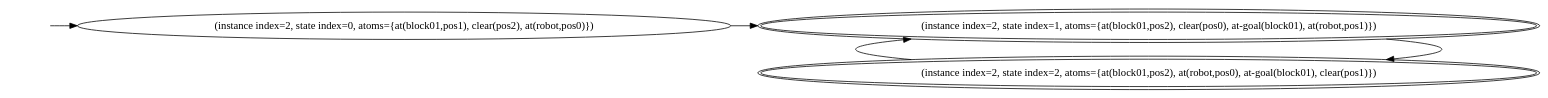
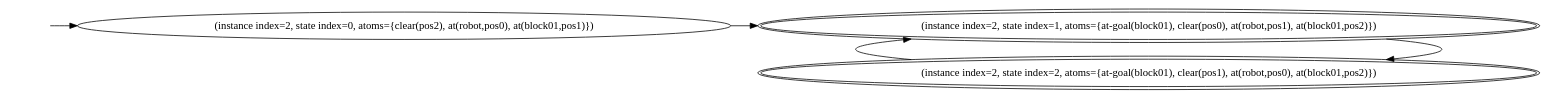
Before and after one commit to rakhmanu/sketch-learner-pymimir1: the diagram in workspace/problem_1_3_1.dot, drawn with Graphviz. The commit also changed 12928 other files, not shown here.

```diff
--- a/workspace/problem_1_3_1.dot
+++ b/workspace/problem_1_3_1.dot
@@ -1,18 +1,18 @@
 digraph {
 rankdir="LR"
-s0[label="(instance index=2, state index=0, atoms={at(block01,pos1), clear(pos2), at(robot,pos0)})"]
-s1[peripheries=2,label="(instance index=2, state index=1, atoms={at(block01,pos2), clear(pos0), at-goal(block01), at(robot,pos1)})"]
-s2[peripheries=2,label="(instance index=2, state index=2, atoms={at(block01,pos2), at(robot,pos0), at-goal(block01), clear(pos1)})"]
+s0[label="(instance index=2, state index=0, atoms={clear(pos2), at(robot,pos0), at(block01,pos1)})"]
+s1[peripheries=2,label="(instance index=2, state index=1, atoms={at-goal(block01), clear(pos0), at(robot,pos1), at(block01,pos2)})"]
+s2[peripheries=2,label="(instance index=2, state index=2, atoms={at-goal(block01), clear(pos1), at(robot,pos0), at(block01,pos2)})"]
 Dangling [ label = "", style = invis ]
 { rank = same; Dangling }
 Dangling -> s0
 { rank = same; s0}
 { rank = same; s1,s2}
 {
 s0->s1
 }
 {
 s1->s2
 s2->s1
 }
 }
```
